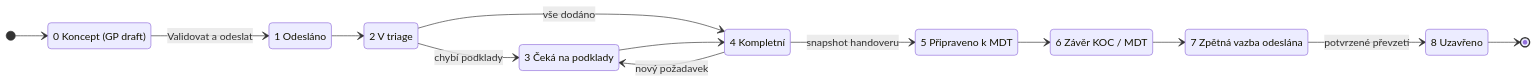
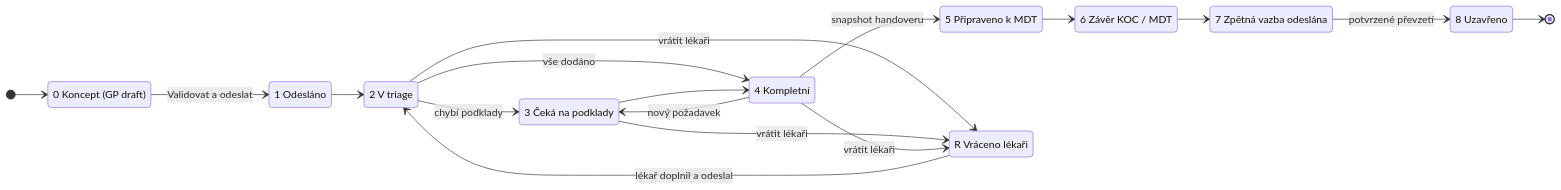
Before and after one commit to darkmackov/AI-Rackathon2026-Nessio: the second of 3 diagrams in docs/product.md, drawn with Mermaid. The commit also changed other lines of this file and 17 other files, not shown here.

````diff
--- a/docs/product.md
+++ b/docs/product.md
@@ -55,25 +55,30 @@
 ```mermaid
 stateDiagram-v2
   direction LR
   state "1 Odesláno" as S1
   state "2 V triage" as S2
   state "3 Čeká na podklady" as S3
   state "4 Kompletní" as S4
   state "5 Připraveno k MDT" as S5
   state "6 Závěr KOC / MDT" as S6
   state "7 Zpětná vazba odeslána" as S7
   state "8 Uzavřeno" as S8
   state "0 Koncept (GP draft)" as S0
+  state "R Vráceno lékaři" as SR
   [*] --> S0
   S0 --> S1: Validovat a odeslat
   S1 --> S2
   S2 --> S3: chybí podklady
   S2 --> S4: vše dodáno
   S3 --> S4
   S4 --> S3: nový požadavek
+  S2 --> SR: vrátit lékaři
+  S3 --> SR: vrátit lékaři
+  S4 --> SR: vrátit lékaři
+  SR --> S2: lékař doplnil a odeslal
   S4 --> S5: snapshot handoveru
   S5 --> S6
   S6 --> S7
   S7 --> S8: potvrzené převzetí
   S8 --> [*]
 ```
````
